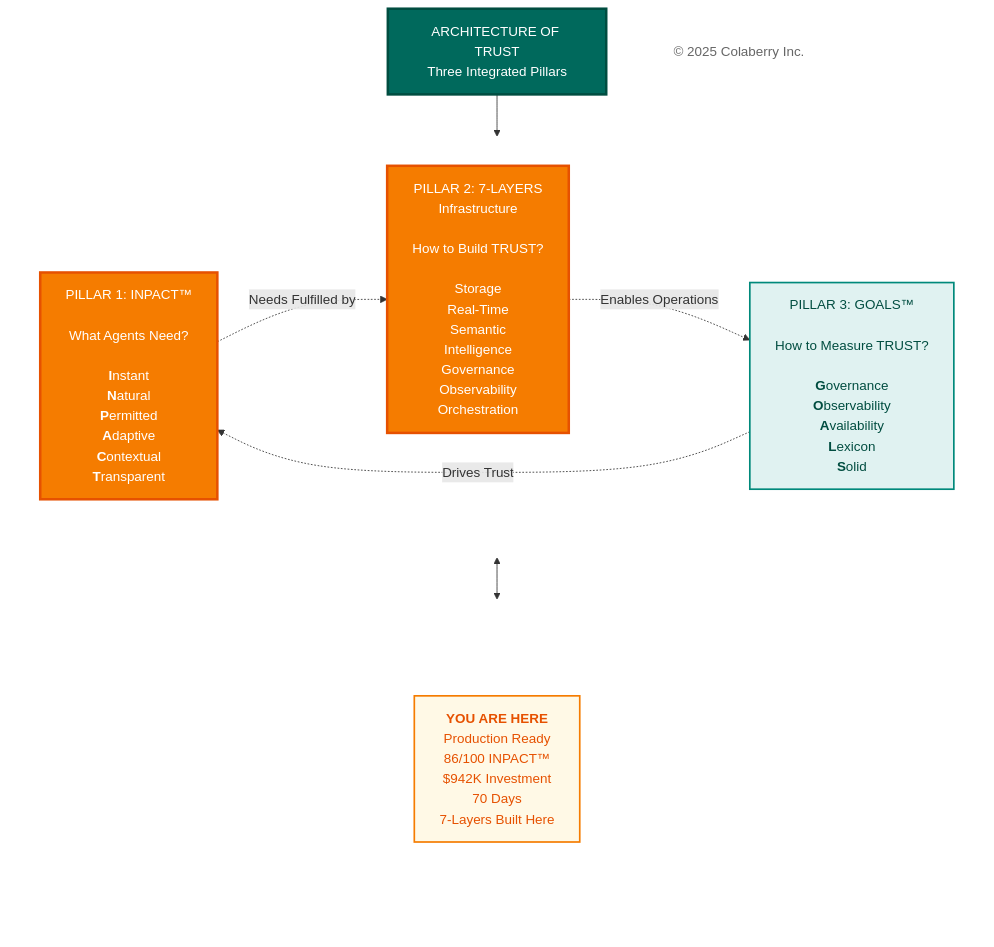
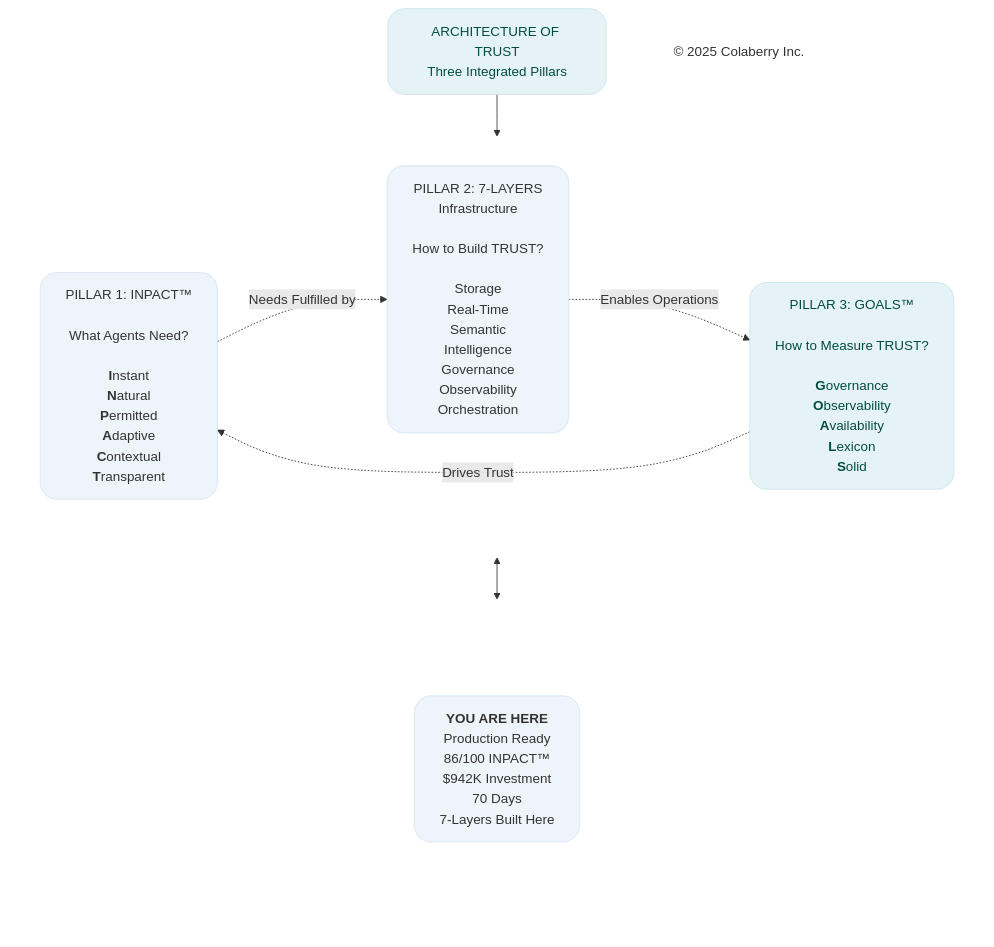
One commit to saitejesh-cyber/trust-before-intelligence-book changed diagram 14 of 14 in manuscript/07_chapter_6_transparency_orchestration_layers.md. Above: the diagram before and after it, drawn with Mermaid. The commit also changed other lines of this file and 7 other files, not shown here.

Commit message:
Chapter 6to13: Updated mermaid diagrams based on new colaberry color code

````diff
--- a/manuscript/07_chapter_6_transparency_orchestration_layers.md
+++ b/manuscript/07_chapter_6_transparency_orchestration_layers.md
@@ -1253,42 +1253,42 @@
 ```mermaid
 
 graph TB
     Title["ARCHITECTURE OF TRUST<br/>Three Integrated Pillars"]
     
     subgraph PILLARS[" "]
         direction LR
         INPACT["`PILLAR 1: INPACT™<br/><br/>What Agents Need?<br/><br/>**I**nstant<br/>**N**atural<br/>**P**ermitted<br/>**A**daptive<br/>**C**ontextual<br/>**T**ransparent`"]
         
         Layers["PILLAR 2: 7-LAYERS<br/>Infrastructure<br/><br/>How to Build TRUST?<br/><br/>Storage<br/>Real-Time<br/>Semantic<br/>Intelligence<br/>Governance<br/>Observability<br/>Orchestration"]
         
         GOALS["`PILLAR 3: GOALS™<br/><br/>How to Measure TRUST?<br/><br/>**G**overnance<br/>**O**bservability<br/>**A**vailability<br/>**L**exicon<br/>**S**olid`"]
     end
     
     subgraph INDICATOR[" "]
         direction LR
         Spacer1[" "]
         YouAreHere["<b>YOU ARE HERE</b><br/>Production Ready<br/>86/100 INPACT™<br/>$942K Investment<br/>70 Days <br/> 7-Layers Built Here"]
         Spacer2[" "]
     end
     
     Copyright["© 2025 Colaberry Inc."]
     
     Title --> PILLARS
     PILLARS <--> INDICATOR
     
     INPACT -.->|"Needs Fulfilled by"| Layers
     Layers -.->|"Enables Operations"| GOALS
     GOALS -.->|"Drives Trust"| INPACT
     
-    style Title fill:#00695c,color:#ffffff,stroke:#004d40,stroke-width:3px
+    style Title fill:#e6f3f6,stroke:#c7e3ea,stroke-width:1px,color:#004d40,rx:20,ry:20
     style PILLARS fill:none,stroke:none
     style INDICATOR fill:none,stroke:none
-    style INPACT fill:#f57c00,stroke:#e65100,stroke-width:3px,color:#ffffff
-    style Layers fill:#f57c00,stroke:#e65100,stroke-width:3px,color:#ffffff
-    style GOALS fill:#e0f2f1,stroke:#00897b,stroke-width:2px,color:#004d40
+    style INPACT fill:#edf4fa,stroke:#d6e4f2,stroke-width:1px,color:#333333,rx:20,ry:20
+    style Layers fill:#edf4fa,stroke:#d6e4f2,stroke-width:1px,color:#333333,rx:20,ry:20
+    style GOALS fill:#e6f3f6,stroke:#c7e3ea,stroke-width:1px,color:#004d40,rx:20,ry:20
     style Spacer1 fill:none,stroke:none,color:transparent
-    style YouAreHere fill:#fff9e6,stroke:#f57c00,stroke-width:2px,color:#e65100
+    style YouAreHere fill:#edf4fa,stroke:#d6e4f2,stroke-width:1px,color:#333333,rx:20,ry:20
     style Spacer2 fill:none,stroke:none,color:transparent
-    style Copyright fill:#ffffff,stroke:none,color:#666666
+    style Copyright fill:none,stroke:none,color:#333333
 
 ```
````
